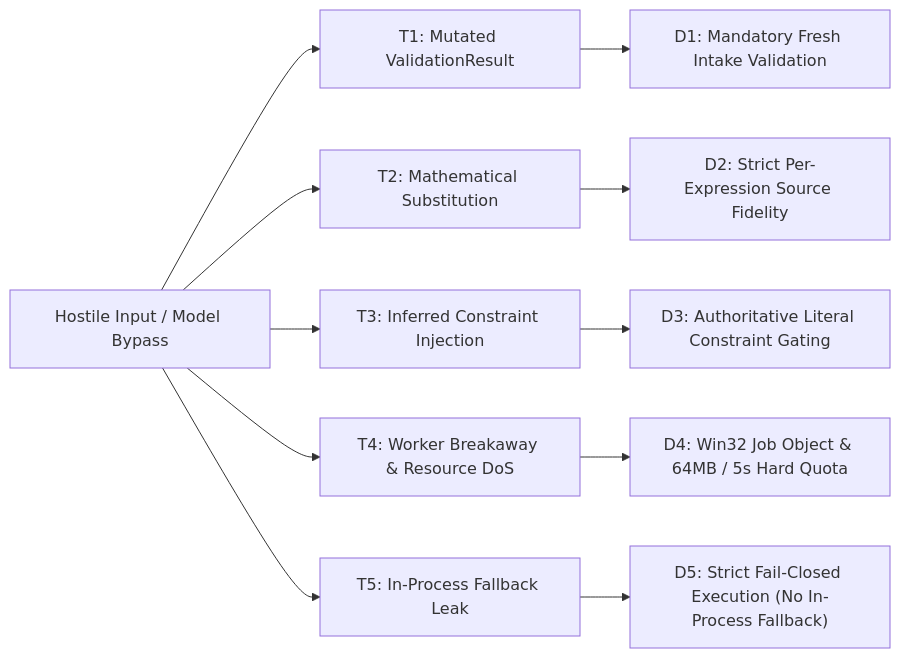
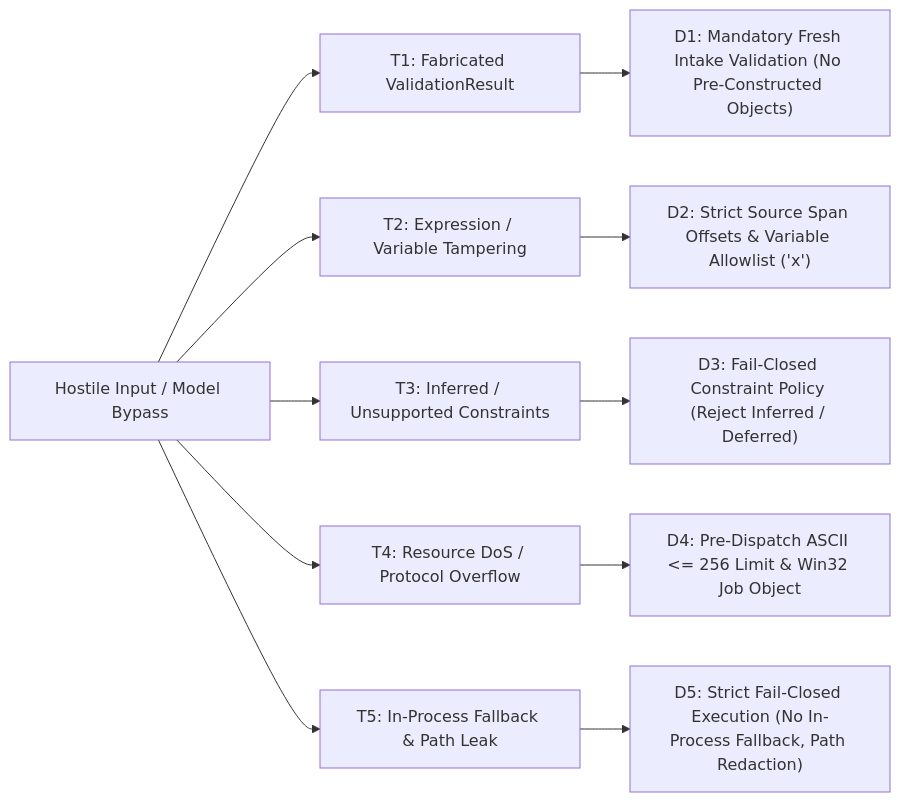
The second of 2 diagrams in docs/architecture/P1C_04_A_CONTROLLED_DISPATCH_PREFLIGHT.md (PhanHoangKe/math-knowledge-engine), drawn with Mermaid before and after one commit. The commit also changed other lines of this file, not shown here.

Commit message:
docs(architecture): correct P1C-04-A preflight specification with worker limits, affine capabilities, and verification contract

````diff
--- a/docs/architecture/P1C_04_A_CONTROLLED_DISPATCH_PREFLIGHT.md
+++ b/docs/architecture/P1C_04_A_CONTROLLED_DISPATCH_PREFLIGHT.md
@@ -143,14 +154,14 @@
 ```mermaid
 flowchart LR
-    Attacker["Hostile Input / Model Bypass"] --> T1["T1: Mutated ValidationResult"]
-    Attacker --> T2["T2: Mathematical Substitution"]
-    Attacker --> T3["T3: Inferred Constraint Injection"]
-    Attacker --> T4["T4: Worker Breakaway & Resource DoS"]
-    Attacker --> T5["T5: In-Process Fallback Leak"]
+    Attacker["Hostile Input / Model Bypass"] --> T1["T1: Fabricated ValidationResult"]
+    Attacker --> T2["T2: Expression / Variable Tampering"]
+    Attacker --> T3["T3: Inferred / Unsupported Constraints"]
+    Attacker --> T4["T4: Resource DoS / Protocol Overflow"]
+    Attacker --> T5["T5: In-Process Fallback & Path Leak"]
 
-    T1 --> D1["D1: Mandatory Fresh Intake Validation"]
-    T2 --> D2["D2: Strict Per-Expression Source Fidelity"]
-    T3 --> D3["D3: Authoritative Literal Constraint Gating"]
-    T4 --> D4["D4: Win32 Job Object & 64MB / 5s Hard Quota"]
-    T5 --> D5["D5: Strict Fail-Closed Execution (No In-Process Fallback)"]
+    T1 --> D1["D1: Mandatory Fresh Intake Validation (No Pre-Constructed Objects)"]
+    T2 --> D2["D2: Strict Source Span Offsets & Variable Allowlist ('x')"]
+    T3 --> D3["D3: Fail-Closed Constraint Policy (Reject Inferred / Deferred)"]
+    T4 --> D4["D4: Pre-Dispatch ASCII <= 256 Limit & Win32 Job Object"]
+    T5 --> D5["D5: Strict Fail-Closed Execution (No In-Process Fallback, Path Redaction)"]
 ```
````
